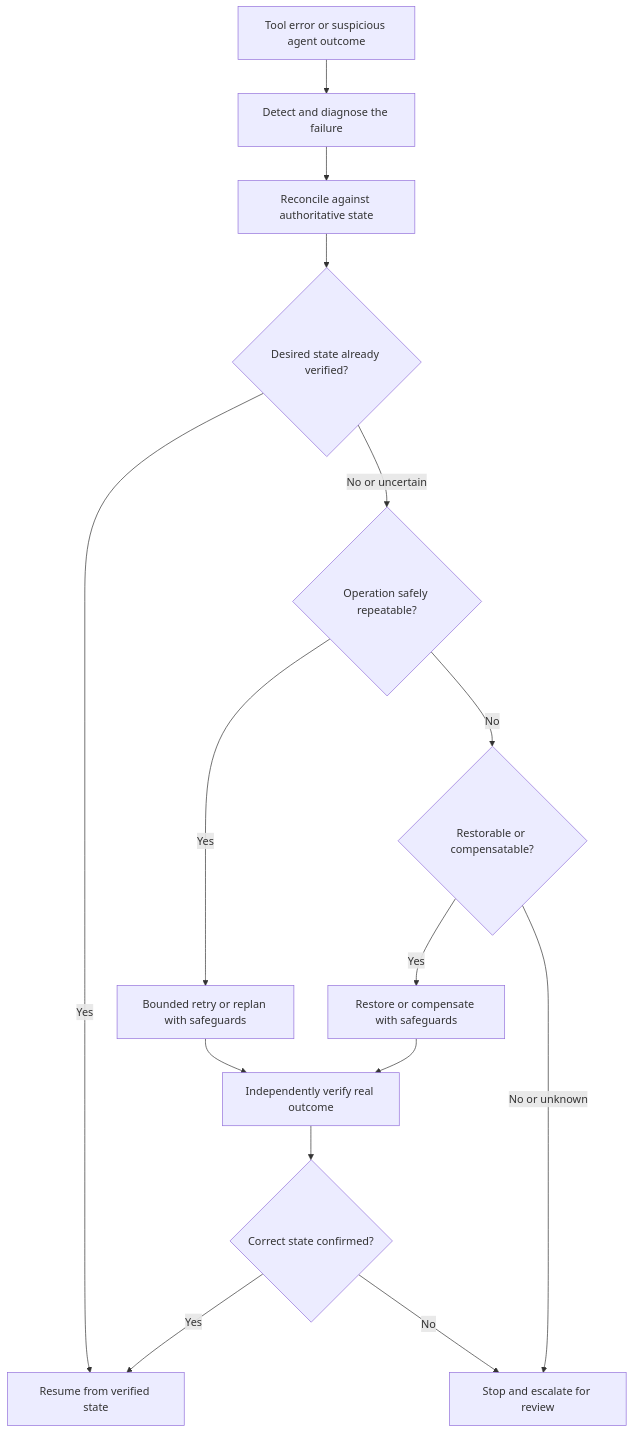
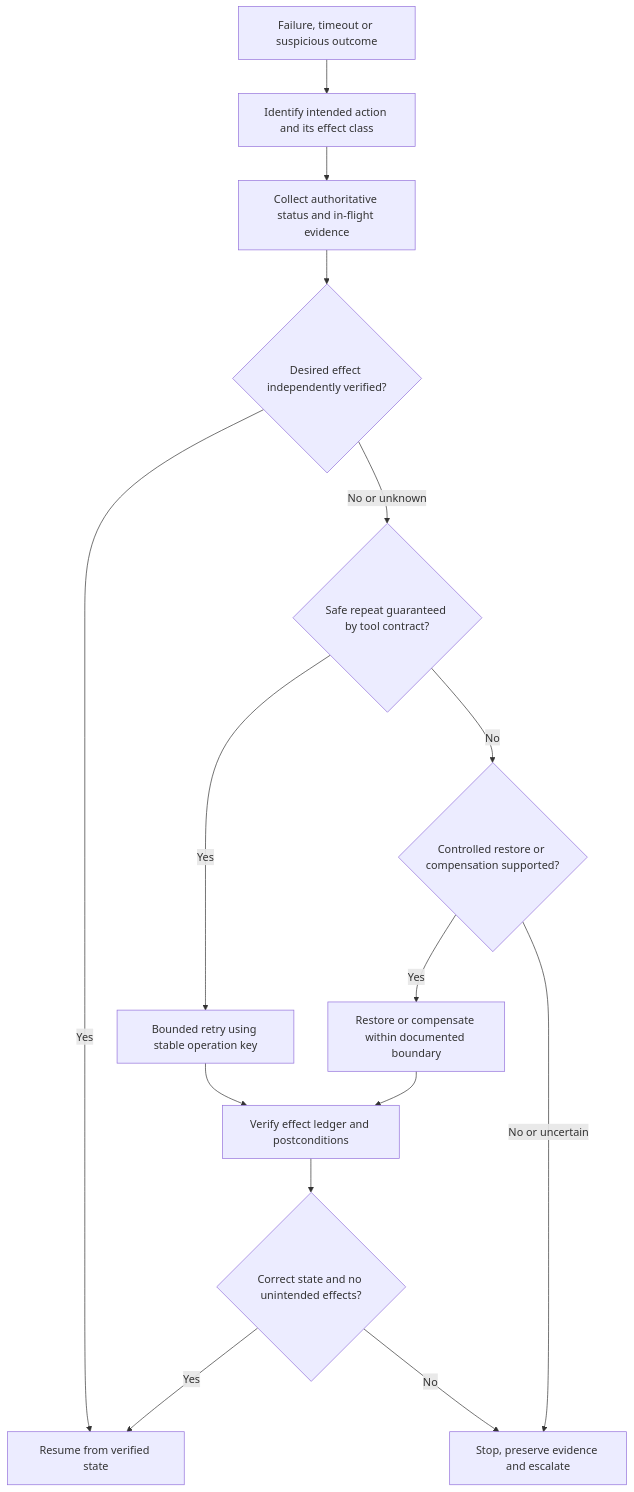
Before and after one commit to MohammadAsadolahi/Awesome-Agent-Recovery: the diagram in README.md, drawn with Mermaid. The commit also changed other lines of this file and 10 other files, not shown here.

````diff
--- a/README.md
+++ b/README.md
@@ -93,17 +99,17 @@
 ```mermaid
 flowchart TD
-    A["Tool error or suspicious agent outcome"] --> B["Detect and diagnose the failure"]
-    B --> C["Reconcile against authoritative state"]
-    C --> D{"Desired state already verified?"}
+    A["Failure, timeout or suspicious outcome"] --> B["Identify intended action and its effect class"]
+    B --> C["Collect authoritative status and in-flight evidence"]
+    C --> D{"Desired effect independently verified?"}
     D -->|Yes| Z["Resume from verified state"]
-    D -->|No or uncertain| E{"Operation safely repeatable?"}
-    E -->|Yes| F["Bounded retry or replan with safeguards"]
-    E -->|No| G{"Restorable or compensatable?"}
-    G -->|Yes| H["Restore or compensate with safeguards"]
-    G -->|No or unknown| I["Stop and escalate for review"]
-    F --> V["Independently verify real outcome"]
+    D -->|No or unknown| E{"Safe repeat guaranteed by tool contract?"}
+    E -->|Yes| F["Bounded retry using stable operation key"]
+    E -->|No| G{"Controlled restore or compensation supported?"}
+    G -->|Yes| H["Restore or compensate within documented boundary"]
+    G -->|No or uncertain| I["Stop, preserve evidence and escalate"]
+    F --> V["Verify effect ledger and postconditions"]
     H --> V
-    V --> R{"Correct state confirmed?"}
+    V --> R{"Correct state and no unintended effects?"}
     R -->|Yes| Z
     R -->|No| I
 ```
````
